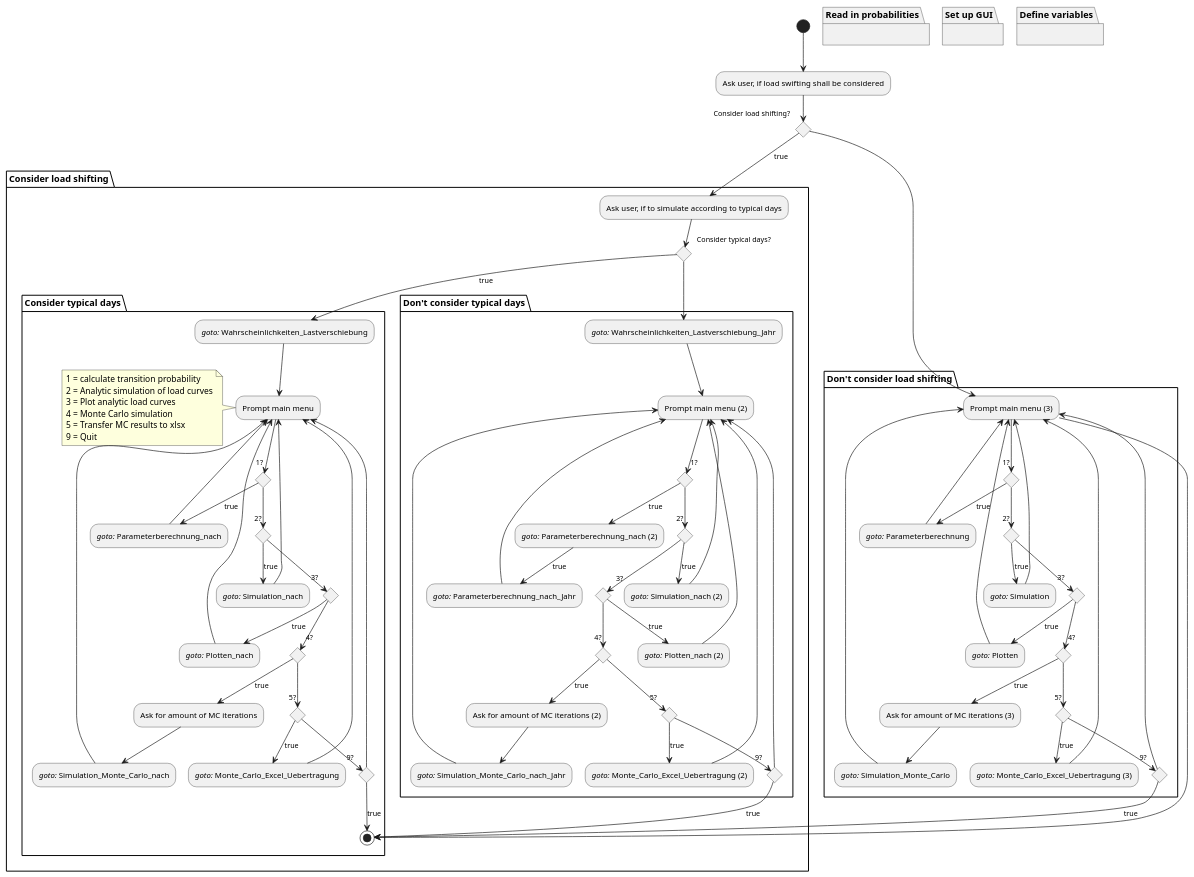
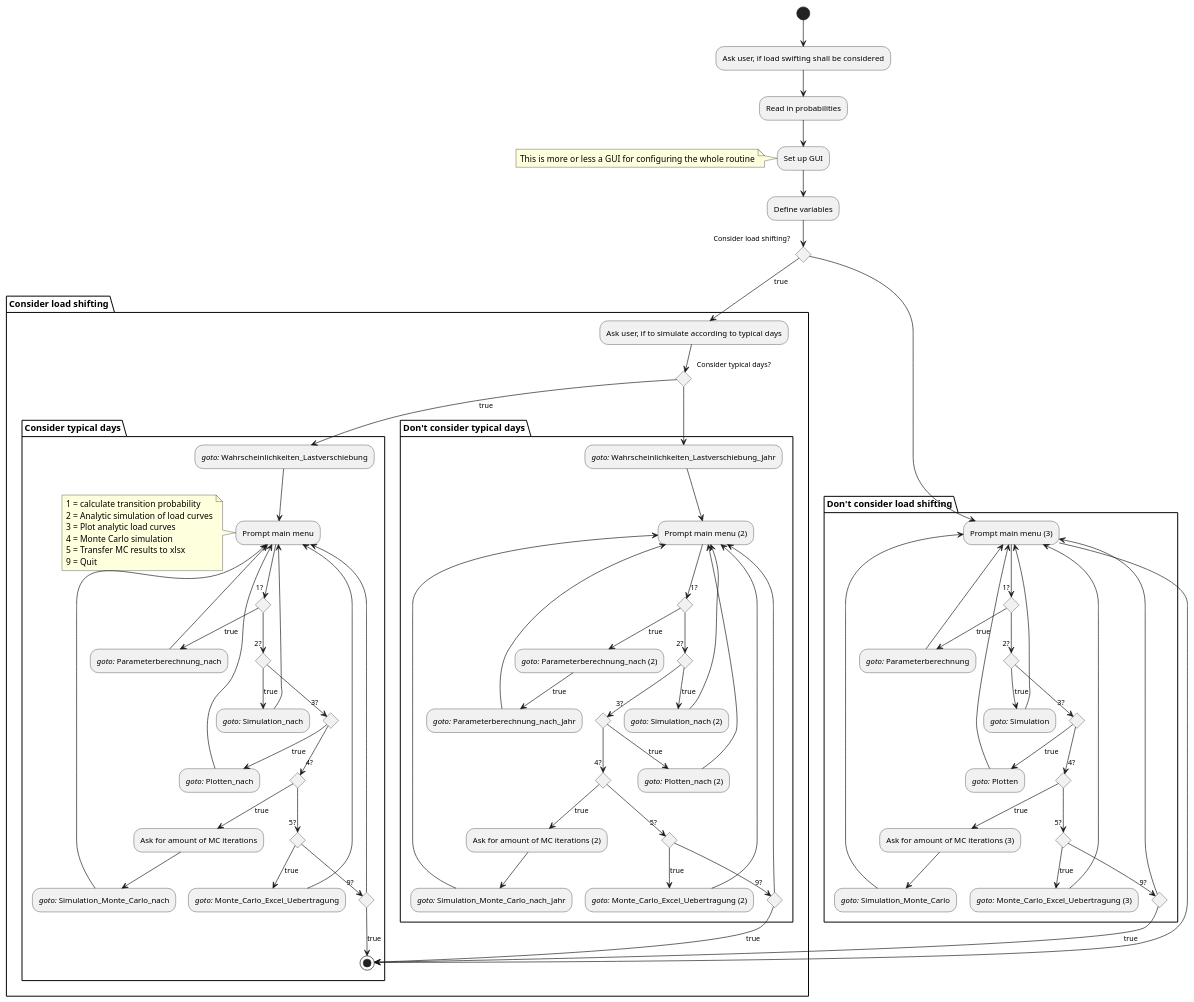
The diagram in doc/puml/flowChartLegacy.puml (ie3-institute/MarkovsHousehold), drawn with PlantUML before and after one commit.

Commit message:
Mention pre-processing steps

```diff
--- a/doc/puml/flowChartLegacy.puml
+++ b/doc/puml/flowChartLegacy.puml
@@ -1,124 +1,122 @@
 @startuml
 (*) --> "Ask user, if load swifting shall be considered"
-partition "Read in probabilities" {
-}
-partition "Set up GUI" {
-}
-partition "Define variables" {
-}
+--> "Read in probabilities"
+--> "Set up GUI"
+note left: This is more or less a GUI for configuring the whole routine
+--> "Define variables"
 if "Consider load shifting?" then
     partition "Consider load shifting" {
     -->[true] "Ask user, if to simulate according to typical days"
     if "Consider typical days?" then
         partition "Consider typical days" {
             -->[true] "//goto:// Wahrscheinlichkeiten_Lastverschiebung"
             --> "Prompt main menu"
             note left: 1 = calculate transition probability\n2 = Analytic simulation of load curves\n3 = Plot analytic load curves\n4 = Monte Carlo simulation\n5 = Transfer MC results to xlsx\n9 = Quit
             if "1?" then
                 -->[true] "//goto:// Parameterberechnung_nach"
                 --> "Prompt main menu"
             else
                 if "2?" then
                     -->[true] "//goto:// Simulation_nach"
                     --> "Prompt main menu"
                 else
                     if "3?" then
                         -->[true] "//goto:// Plotten_nach"
                         --> "Prompt main menu"
                     else
                         if "4?" then
                             -->[true] "Ask for amount of MC iterations"
                             --> "//goto:// Simulation_Monte_Carlo_nach"
                             --> "Prompt main menu"
                         else
                             if "5?" then
                                 -->[true] "//goto:// Monte_Carlo_Excel_Uebertragung"
                                 --> "Prompt main menu"
                             else
                                 if "9?" then
                                     -->[true] (*)
                                 else
                                     --> "Prompt main menu"
                                 endif
                             endif
                         endif
                     endif
                 endif
             endif
         }
     else
         partition "Don't consider typical days" {
             --> "//goto:// Wahrscheinlichkeiten_Lastverschiebung_Jahr"
             --> "Prompt main menu (2)"
             if "1?" then
                 -->[true] "//goto:// Parameterberechnung_nach (2)"
                 -->[true] "//goto:// Parameterberechnung_nach_Jahr"
                 --> "Prompt main menu (2)"
             else
                 if "2?" then
                     -->[true] "//goto:// Simulation_nach (2)"
                     --> "Prompt main menu (2)"
                 else
                     if "3?" then
                         -->[true] "//goto:// Plotten_nach (2)"
                         --> "Prompt main menu (2)"
                     else
                         if "4?" then
                             -->[true] "Ask for amount of MC iterations (2)"
                             --> "//goto:// Simulation_Monte_Carlo_nach_Jahr"
                             --> "Prompt main menu (2)"
                         else
                             if "5?" then
                                 -->[true] "//goto:// Monte_Carlo_Excel_Uebertragung (2)"
                                 --> "Prompt main menu (2)"
                             else
                                 if "9?" then
                                     -->[true] (*)
                                 else
                                     --> "Prompt main menu (2)"
                                 endif
                             endif
                         endif
                     endif
                 endif
             endif
         }
     endif
     }
 else
     partition "Don't consider load shifting"
     --> "Prompt main menu (3)"
     if "1?" then
         -->[true] "//goto:// Parameterberechnung"
         --> "Prompt main menu (3)"
     else
         if "2?" then
             -->[true] "//goto:// Simulation"
             --> "Prompt main menu (3)"
         else
             if "3?" then
                 -->[true] "//goto:// Plotten"
                 --> "Prompt main menu (3)"
             else
                 if "4?" then
                     -->[true] "Ask for amount of MC iterations (3)"
                     --> "//goto:// Simulation_Monte_Carlo"
                     --> "Prompt main menu (3)"
                 else
                     if "5?" then
                         -->[true] "//goto:// Monte_Carlo_Excel_Uebertragung (3)"
                         --> "Prompt main menu (3)"
                     else
                         if "9?" then
                             -->[true] (*)
                         else
                             --> "Prompt main menu (3)"
                         endif
                     endif
                 endif
             endif
         endif
     endif
 endif
 --> (*)
 @enduml
```
